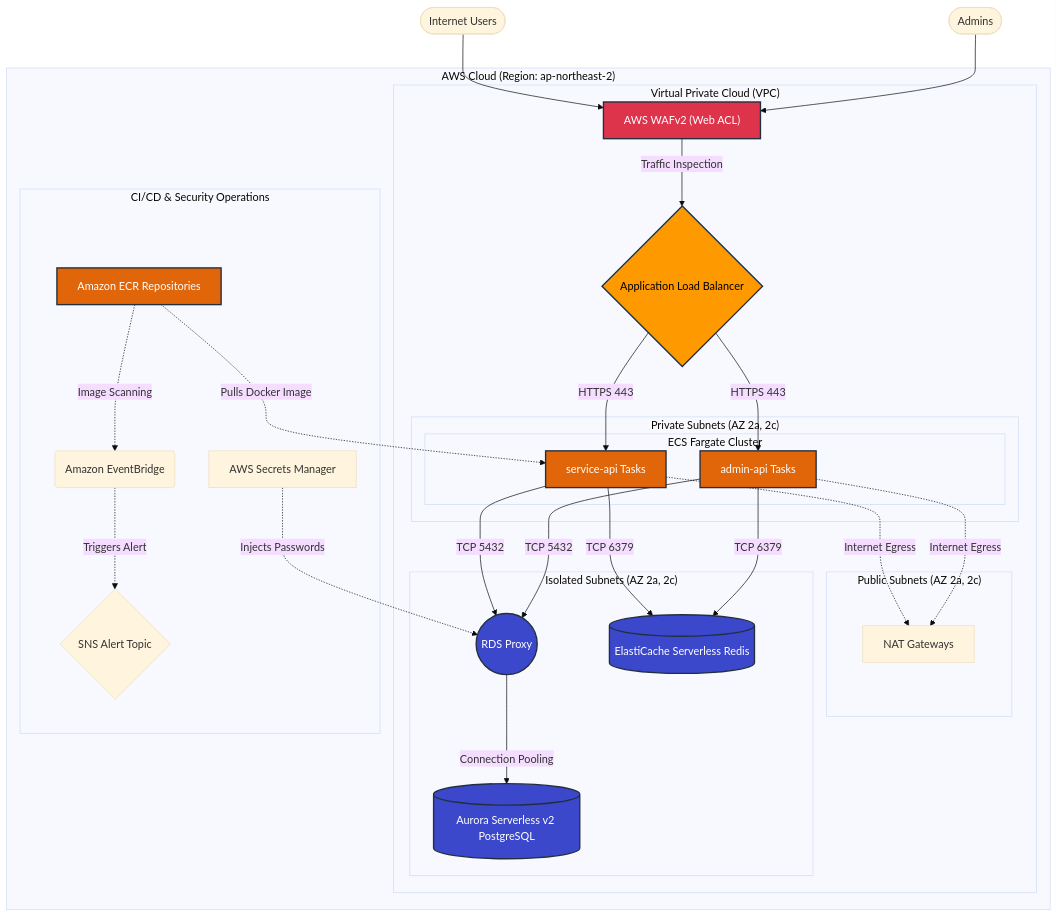
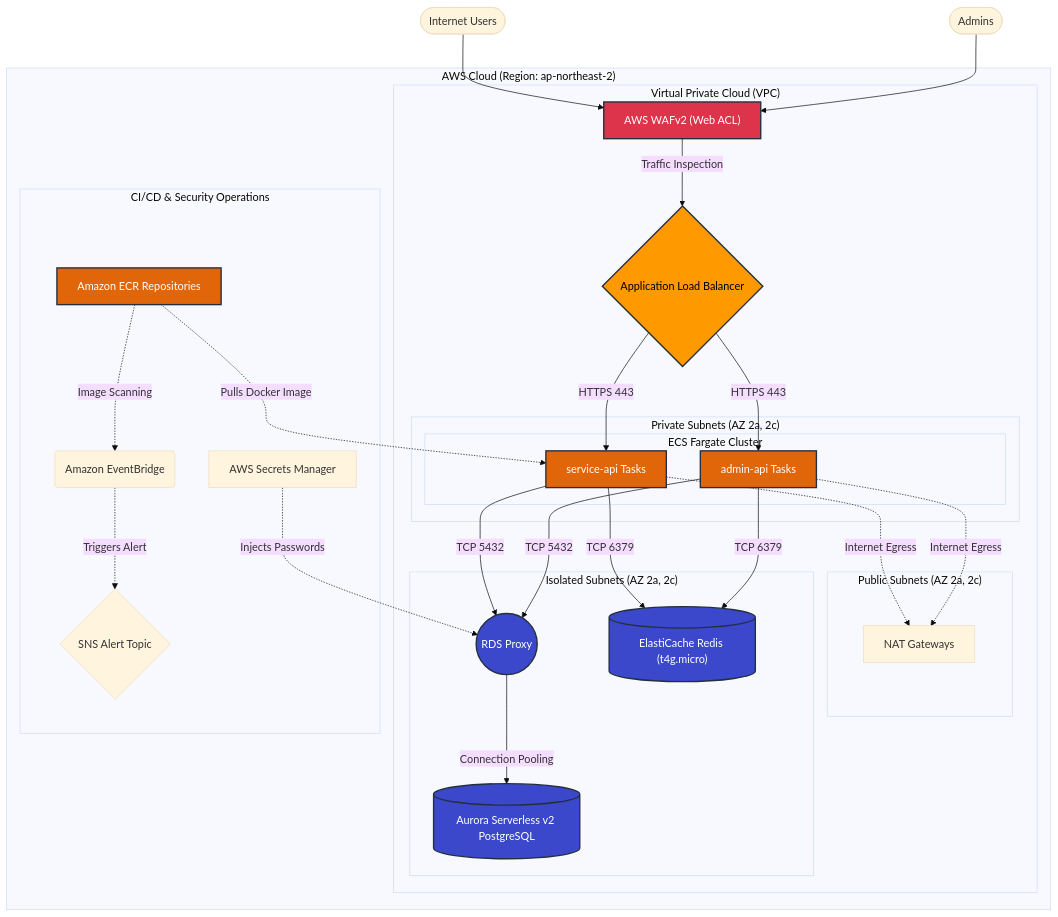
Before and after one commit to kei-topaz/monorepo: the diagram in infrastructure/README.md, drawn with Mermaid (base theme). The commit also changed other lines of this file, not shown here.

````diff
--- a/infrastructure/README.md
+++ b/infrastructure/README.md
@@ -7,66 +7,66 @@
 ```mermaid
 graph TD
     User([Internet Users]) --> WAF
     AdminUser([Admins]) --> WAF
     
     subgraph "AWS Cloud (Region: ap-northeast-2)"
         WAF["AWS WAFv2 (Web ACL)"]
         
         subgraph "Virtual Private Cloud (VPC)"
             ALB{"Application Load Balancer"}
             
             subgraph "Public Subnets (AZ 2a, 2c)"
                 NAT["NAT Gateways"]
             end
             
             subgraph "Private Subnets (AZ 2a, 2c)"
                 subgraph "ECS Fargate Cluster"
                     ServiceApi["service-api Tasks"]
                     AdminApi["admin-api Tasks"]
                 end
             end
             
             subgraph "Isolated Subnets (AZ 2a, 2c)"
                 RDSProxy(("RDS Proxy"))
                 Aurora[("Aurora Serverless v2 PostgreSQL")]
-                Redis[("ElastiCache Serverless Redis")]
+                Redis[("ElastiCache Redis (t4g.micro)")]
             end
             
             WAF -->|"Traffic Inspection"| ALB
             ALB -->|"HTTPS 443"| ServiceApi
             ALB -->|"HTTPS 443"| AdminApi
             
             ServiceApi -->|"TCP 5432"| RDSProxy
             AdminApi -->|"TCP 5432"| RDSProxy
             RDSProxy -->|"Connection Pooling"| Aurora
             
             ServiceApi -->|"TCP 6379"| Redis
             AdminApi -->|"TCP 6379"| Redis
             
             ServiceApi -.->|"Internet Egress"| NAT
             AdminApi -.->|"Internet Egress"| NAT
         end
         
         subgraph "CI/CD & Security Operations"
             ECR["Amazon ECR Repositories"]
             EventBridge("Amazon EventBridge")
             SNS{"SNS Alert Topic"}
             Secrets["AWS Secrets Manager"]
             
             ECR -.->|Pulls Docker Image| ServiceApi
             ECR -.->|Image Scanning| EventBridge
             EventBridge -.->|Triggers Alert| SNS
             
             Secrets -.->|Injects Passwords| RDSProxy
         end
     end
 
     style ALB fill:#FF9900,stroke:#232F3E,stroke-width:2px,color:black
     style RDSProxy fill:#3B48CC,stroke:#232F3E,stroke-width:2px,color:white
     style Aurora fill:#3B48CC,stroke:#232F3E,stroke-width:2px,color:white
     style Redis fill:#3B48CC,stroke:#232F3E,stroke-width:2px,color:white
     style ServiceApi fill:#E1660A,stroke:#232F3E,stroke-width:2px,color:white
     style AdminApi fill:#E1660A,stroke:#232F3E,stroke-width:2px,color:white
     style WAF fill:#DD344C,stroke:#232F3E,stroke-width:2px,color:white
     style ECR fill:#E1660A,stroke:#232F3E,stroke-width:2px,color:white
 ```
````
